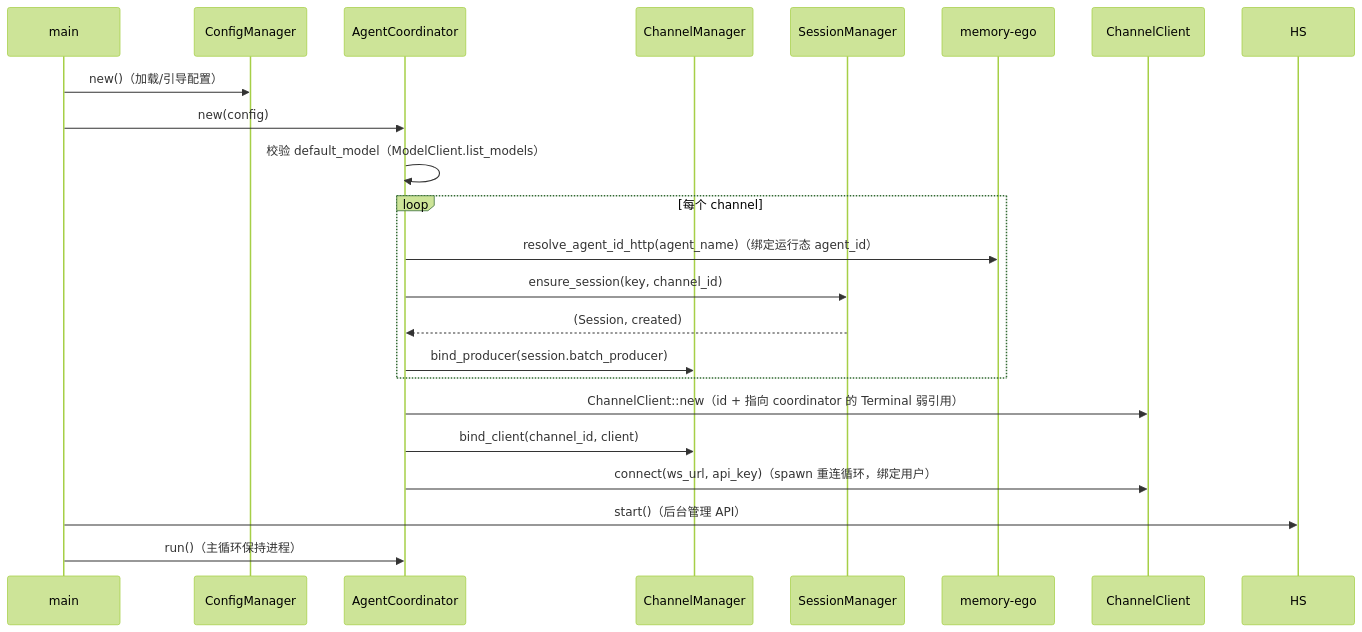
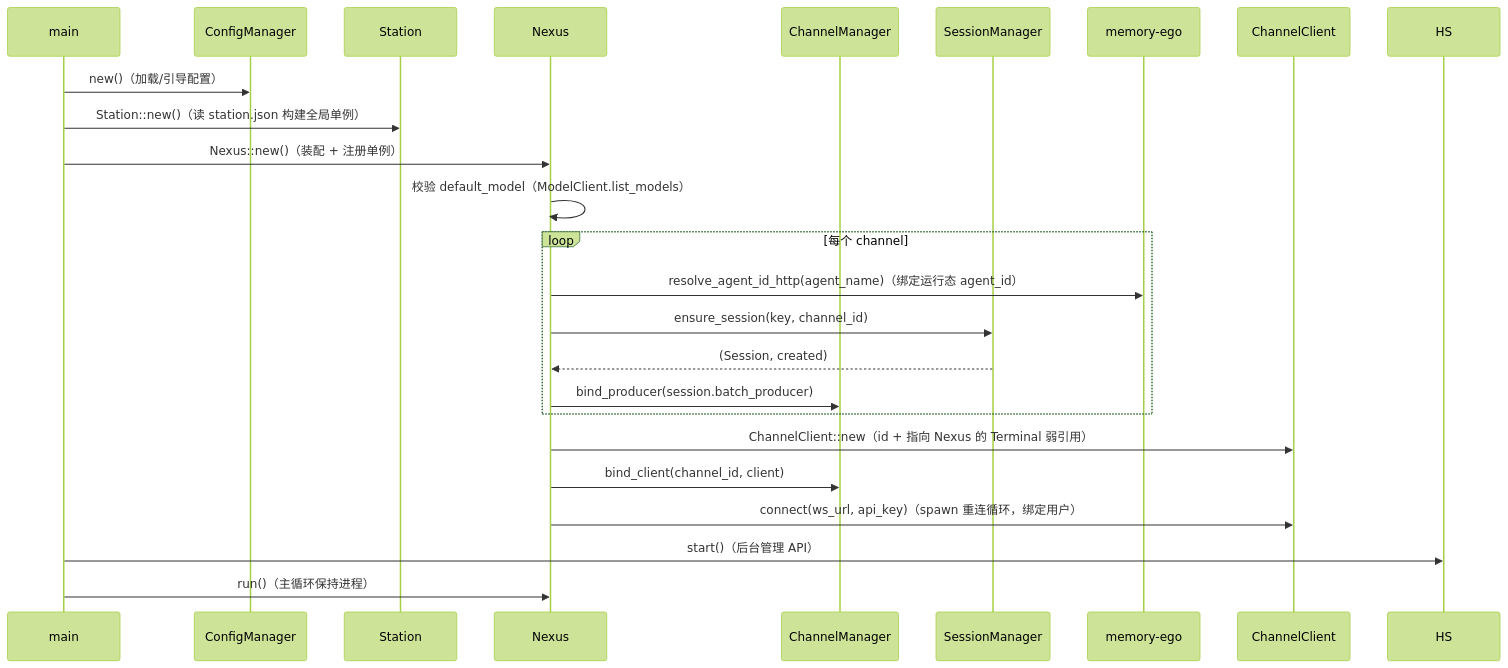
The second of 5 diagrams in docs/spec/kissbot-agent-modules.md (coldcloude/kissbot), drawn with Mermaid (forest theme) before and after one commit. The commit also changed other lines of this file and 9 other files, not shown here.

Commit message:
docs(agent): Station 嵌套化文档同步——模块设计重写（Toolkit/子 Station/递归平铺/内置 filesystem），新增 docs/spec/kissbot-agent-station.md 技术规格，实现计划与遗留事项更新（MCP/HTTP 协议/跨进程唯一性）；同步 stale 引用（AgentCoordinator→Nexus、StationRuntime→全局 Station、nexus 配置删 stations 段、station_router 删除、toolkit 白名单）

````diff
--- a/docs/spec/kissbot-agent-modules.md
+++ b/docs/spec/kissbot-agent-modules.md
@@ -82,25 +82,27 @@
 ```mermaid
 sequenceDiagram
     participant main
     participant CFG as ConfigManager
-    participant CO as AgentCoordinator
+    participant ST as Station
+    participant CO as Nexus
     participant CHM as ChannelManager
     participant SM as SessionManager
     participant EG as memory-ego
     participant CC as ChannelClient
 
     main->>CFG: new()（加载/引导配置）
-    main->>CO: new(config)
+    main->>ST: Station::new()（读 station.json 构建全局单例）
+    main->>CO: Nexus::new()（装配 + 注册单例）
     CO->>CO: 校验 default_model（ModelClient.list_models）
     loop 每个 channel
         CO->>EG: resolve_agent_id_http(agent_name)（绑定运行态 agent_id）
         CO->>SM: ensure_session(key, channel_id)
         SM-->>CO: (Session, created)
         CO->>CHM: bind_producer(session.batch_producer)
     end
-    CO->>CC: ChannelClient::new（id + 指向 coordinator 的 Terminal 弱引用）
+    CO->>CC: ChannelClient::new（id + 指向 Nexus 的 Terminal 弱引用）
     CO->>CHM: bind_client(channel_id, client)
     CO->>CC: connect(ws_url, api_key)（spawn 重连循环，绑定用户）
     main->>HS: start()（后台管理 API）
     main->>CO: run()（主循环保持进程）
 ```
````
